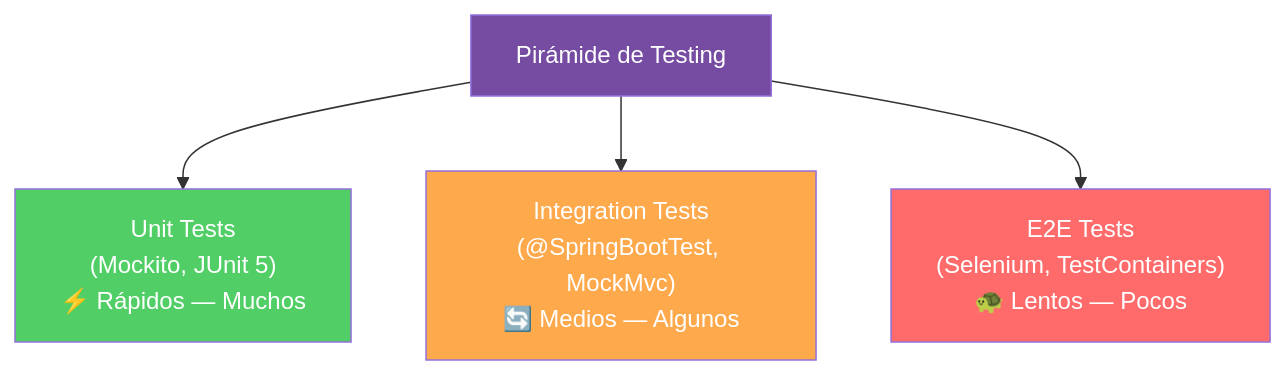
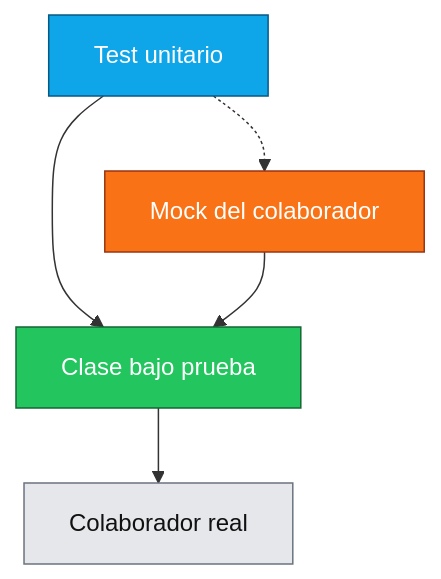
The diagram in 12-pruebas-unitarias/README.md (edgardo001/spring-v4-mastery-roadmap), drawn with Mermaid before and after one commit. The commit also changed other lines of this file and 15 other files, not shown here.

First line of the commit message:
feat(12): JUnit 5 + Mockito + MockMvc unit and integration tests

````diff
--- a/12-pruebas-unitarias/README.md
+++ b/12-pruebas-unitarias/README.md
@@ -25,11 +21,11 @@
 ```mermaid
 graph TD
-    A["Pirámide de Testing"] --> B["Unit Tests<br/>(Mockito, JUnit 5)<br/>⚡ Rápidos — Muchos"]
-    A --> C["Integration Tests<br/>(@SpringBootTest, MockMvc)<br/>🔄 Medios — Algunos"]
-    A --> D["E2E Tests<br/>(Selenium, TestContainers)<br/>🐢 Lentos — Pocos"]
-
-    style A fill:#764ba2,color:#fff
-    style B fill:#51cf66,color:#fff
-    style C fill:#ffa94d,color:#fff
-    style D fill:#ff6b6b,color:#fff
+    A[Test unitario]:::test --> B[Clase bajo prueba]:::clase
+    B --> C[Colaborador real]:::real
+    A -.-> D[Mock del colaborador]:::mock
+    D --> B
+    classDef test fill:#0ea5e9,stroke:#075985,color:#fff
+    classDef clase fill:#22c55e,stroke:#166534,color:#fff
+    classDef real fill:#e5e7eb,stroke:#6b7280,color:#111
+    classDef mock fill:#f97316,stroke:#9a3412,color:#fff
 ```
````
